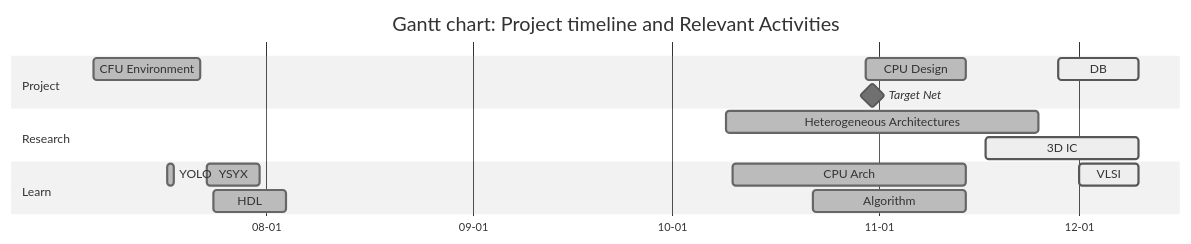
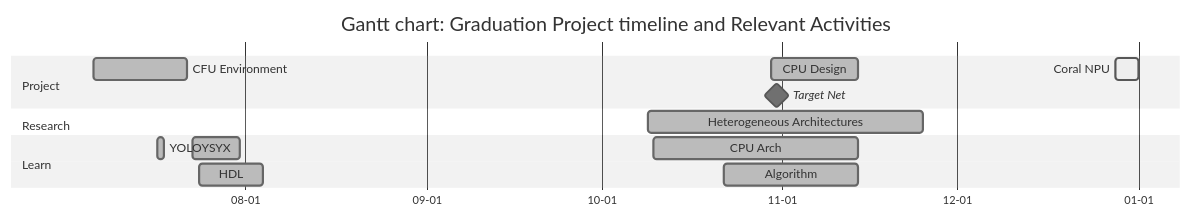
Before and after one commit to Marcobisky/Marcobisky.github.io: the first of 3 diagrams in tinyml/index.qmd, drawn with Mermaid (neutral theme). The commit also changed other lines of this file and 2 other files, not shown here.

Commit message:
Split graduation project and PhD project, update logs

````diff
--- a/tinyml/index.qmd
+++ b/tinyml/index.qmd
@@ -48,34 +48,32 @@
 ```{mermaid}
 ---
 displayMode: compact
 ---
-%%| label: fig-timeline
+%%| label: fig-graduation-timeline
 %%| fig-cap: "Gantt Chart"
 %%| fig-width: 10
 %%| fig-height: 6
 
 gantt
-    title Gantt chart: Project timeline and Relevant Activities
+    title Gantt chart: Graduation Project timeline and Relevant Activities
     dateFormat  YYYY-MM-DD
     axisFormat  %m-%d
     tickInterval 14d
 
     section Project
         CFU Environment :done, 2025-07-06, 2025-07-22
         Target Net :milestone, 2025-10-31, 0d
         CPU Design :done, 2025-10-30, 2025-11-14
-        DB :active, 2025-11-28, 2025-12-10
+        Coral NPU :active, 2025-12-28, 2026-01-01
 
     section Research
         Heterogeneous Architectures :done, 2025-10-09, 2025-11-25
-        3D IC :active, 2025-11-17, 2025-12-10
 
     section Learn
         YSYX :done, 2025-07-23, 2025-07-31
         HDL :done, 2025-07-24, 2025-08-04
         YOLO :done, 2025-07-17, 1d
         CPU Arch :done, 2025-10-10, 2025-11-14
         Algorithm :done, 2025-10-22, 2025-11-14
-        VLSI :active, 2025-12-01, 2025-12-10
 
 ```
````
